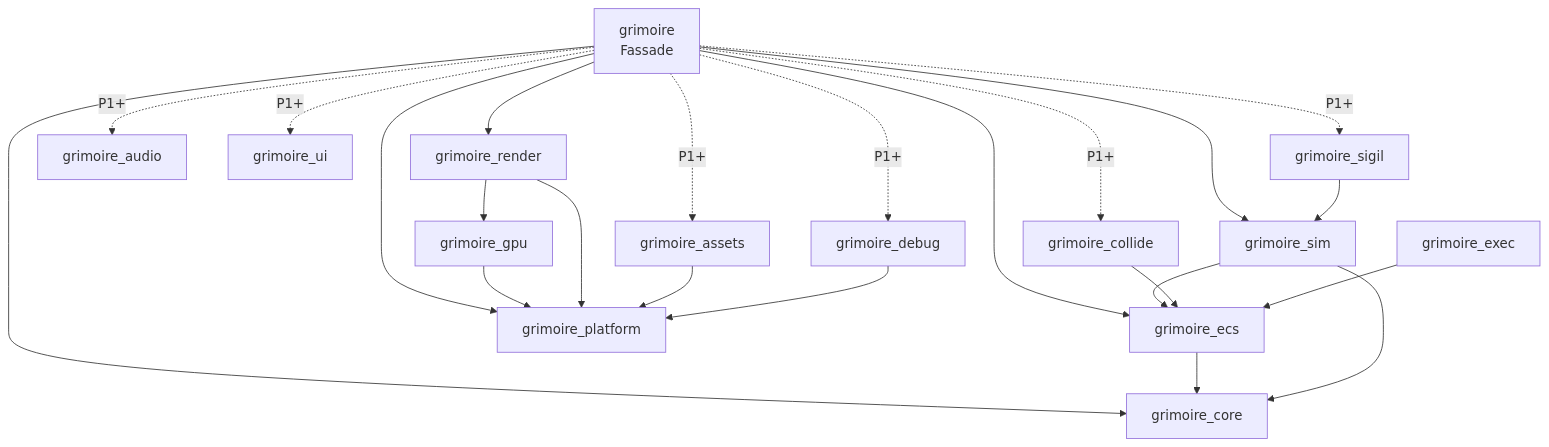
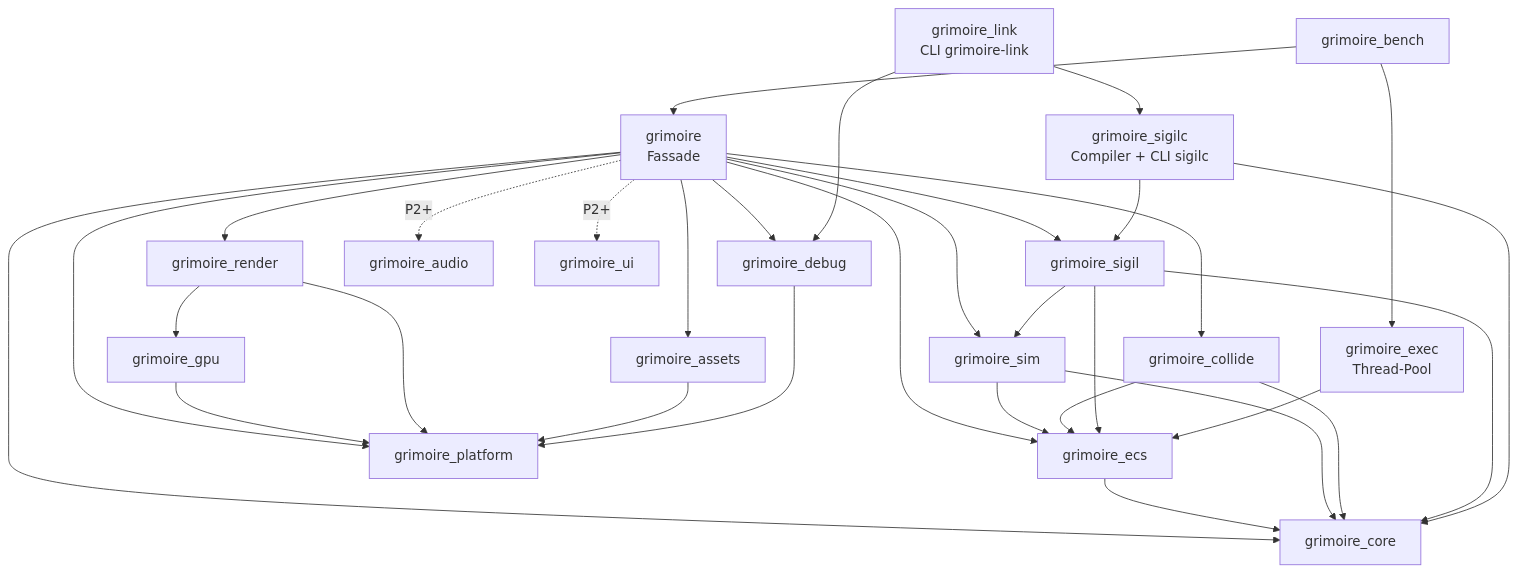
The diagram in docs/architektur/crate-vertraege.md (LupusMalusDeviant/grimoire), drawn with Mermaid before and after one commit. The commit also changed other lines of this file, not shown here.

````diff
--- a/docs/architektur/crate-vertraege.md
+++ b/docs/architektur/crate-vertraege.md
@@ -10,14 +26,18 @@
 ```mermaid
 graph TD
     FAC[grimoire<br/>Fassade] --> REN[grimoire_render] & SIM[grimoire_sim] & ECS[grimoire_ecs] & PLT[grimoire_platform] & CORE[grimoire_core]
-    FAC -.P1+.-> COL[grimoire_collide] & AUD[grimoire_audio] & UI[grimoire_ui] & AST[grimoire_assets] & SIG[grimoire_sigil] & DBG[grimoire_debug]
+    FAC --> COL[grimoire_collide] & SIG[grimoire_sigil] & AST[grimoire_assets] & DBG[grimoire_debug]
+    FAC -.P2+.-> AUD[grimoire_audio] & UI[grimoire_ui]
     REN --> GPU[grimoire_gpu] --> PLT
     REN --> PLT
     SIM --> ECS --> CORE
     SIM --> CORE
-    COL --> ECS
-    EXE[grimoire_exec] --> ECS
-    SIG --> SIM
+    COL --> ECS & CORE
+    SIG --> SIM & ECS & CORE
     AST --> PLT
     DBG --> PLT
+    EXE[grimoire_exec<br/>Thread-Pool] --> ECS
+    SIGC[grimoire_sigilc<br/>Compiler + CLI sigilc] --> SIG & CORE
+    LINK[grimoire_link<br/>CLI grimoire-link] --> DBG & SIGC
+    BENCH[grimoire_bench] --> FAC & EXE
 ```
````
